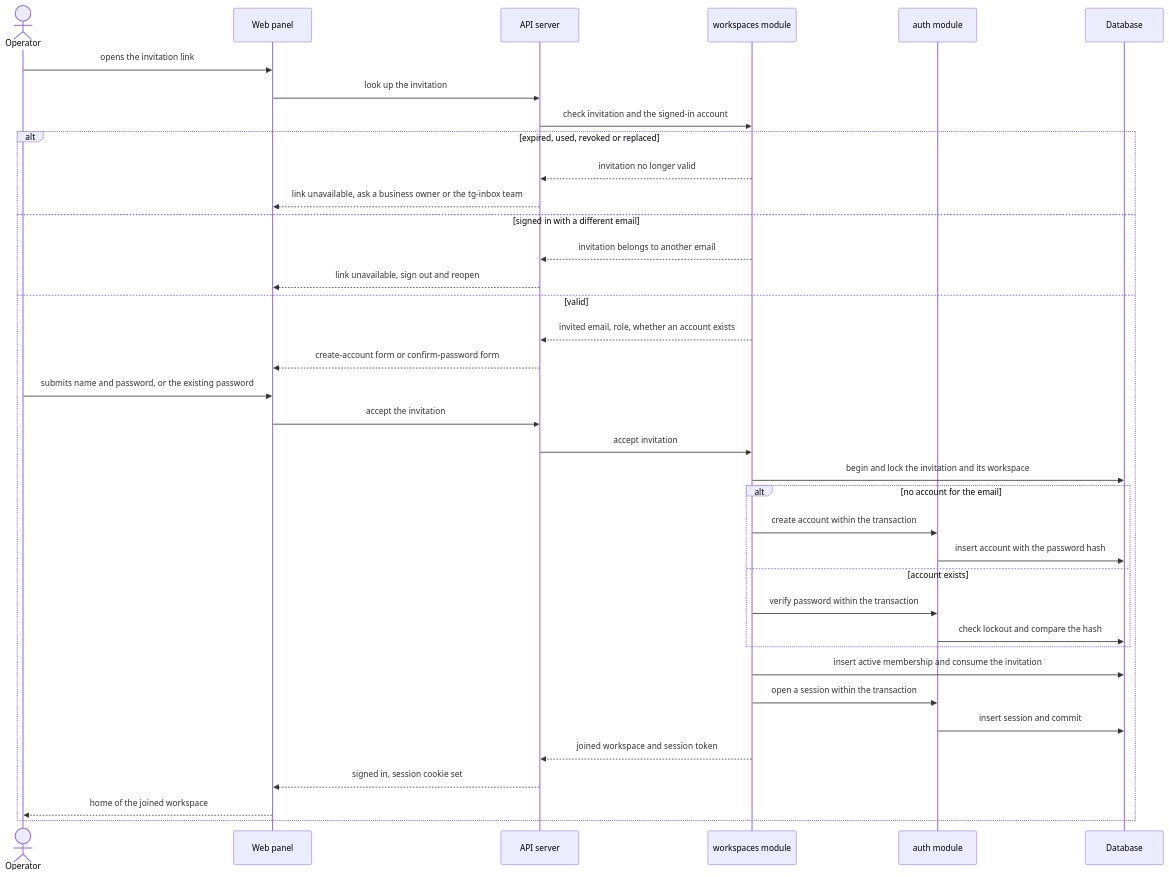
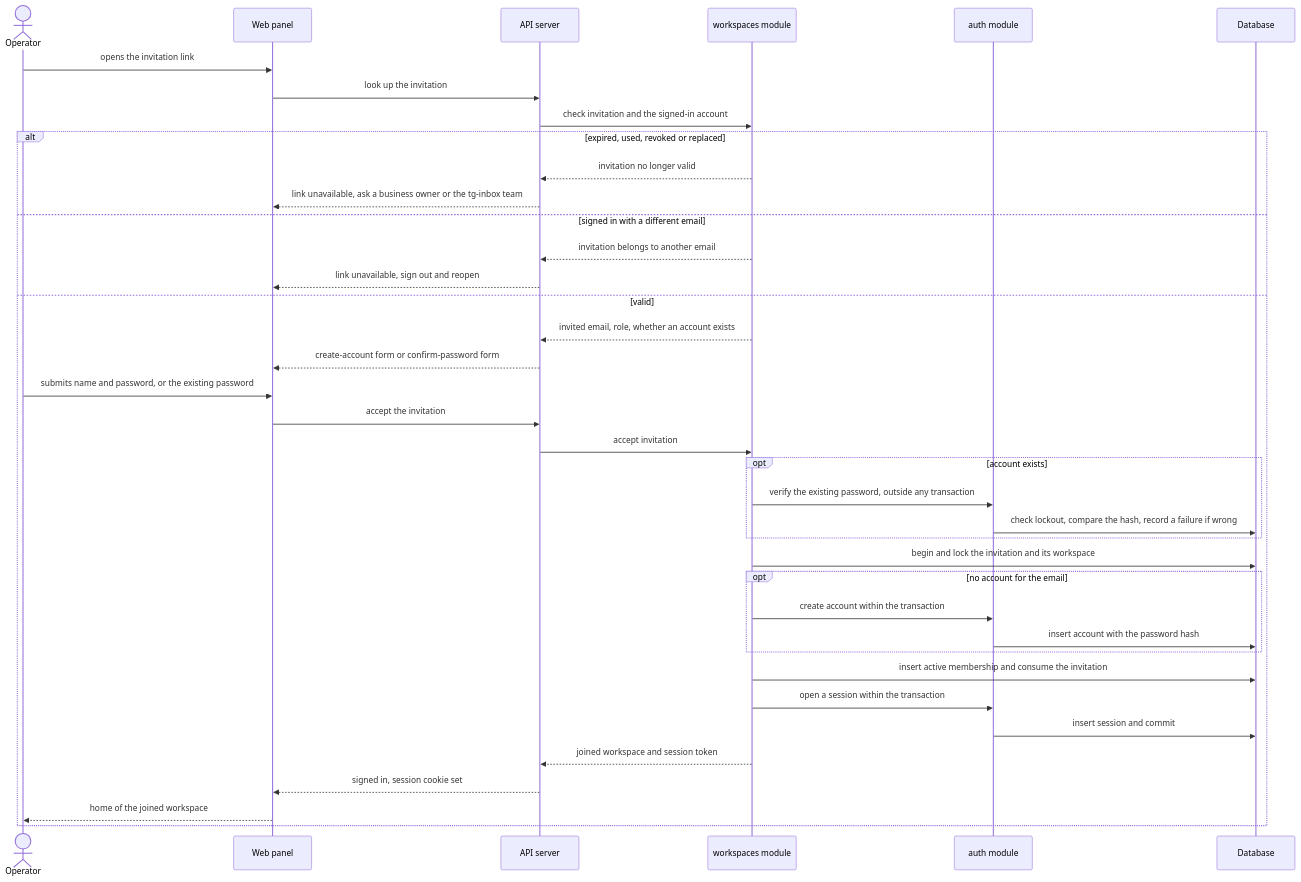
One commit to GopkoDev/tg-inbox changed the fourth of 5 diagrams in docs/features/workspace-operators/sad.md. Above: the diagram before and after it, drawn with Mermaid. The commit also changed other lines of this file and 1 other file, not shown here.

````diff
--- a/docs/features/workspace-operators/sad.md
+++ b/docs/features/workspace-operators/sad.md
@@ -227,39 +236,40 @@
 ```mermaid
 sequenceDiagram
     actor Operator
     participant Web as Web panel
     participant Http as API server
     participant Ws as workspaces module
     participant Auth as auth module
     participant Db as Database
     Operator->>Web: opens the invitation link
     Web->>Http: look up the invitation
     Http->>Ws: check invitation and the signed-in account
     alt expired, used, revoked or replaced
         Ws-->>Http: invitation no longer valid
         Http-->>Web: link unavailable, ask a business owner or the tg-inbox team
     else signed in with a different email
         Ws-->>Http: invitation belongs to another email
         Http-->>Web: link unavailable, sign out and reopen
     else valid
         Ws-->>Http: invited email, role, whether an account exists
         Http-->>Web: create-account form or confirm-password form
         Operator->>Web: submits name and password, or the existing password
         Web->>Http: accept the invitation
         Http->>Ws: accept invitation
+        opt account exists
+            Ws->>Auth: verify the existing password, outside any transaction
+            Auth->>Db: check lockout, compare the hash, record a failure if wrong
+        end
         Ws->>Db: begin and lock the invitation and its workspace
-        alt no account for the email
+        opt no account for the email
             Ws->>Auth: create account within the transaction
             Auth->>Db: insert account with the password hash
-        else account exists
-            Ws->>Auth: verify password within the transaction
-            Auth->>Db: check lockout and compare the hash
         end
         Ws->>Db: insert active membership and consume the invitation
         Ws->>Auth: open a session within the transaction
         Auth->>Db: insert session and commit
         Ws-->>Http: joined workspace and session token
         Http-->>Web: signed in, session cookie set
         Web-->>Operator: home of the joined workspace
     end
 ```
````
